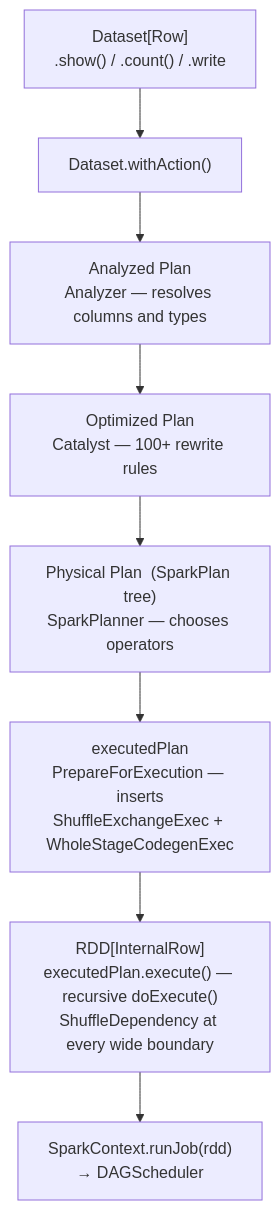
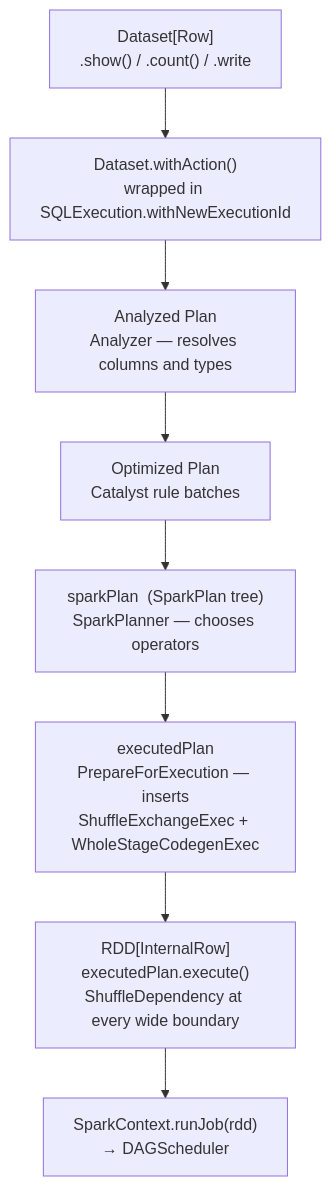
Before and after one commit to arindamchoudhury/spark-gyan: the sixth of 17 diagrams in docs/spark-book/ch02-spark-architecture.md, drawn with Mermaid. The commit also changed other lines of this file and 5 other files, not shown here.

First line of the commit message:
docs(ch02): rewrite against Spark 4.2.0, verified on the local stack

````diff
--- a/docs/spark-book/ch02-spark-architecture.md
+++ b/docs/spark-book/ch02-spark-architecture.md
@@ -540,13 +658,13 @@
 ```mermaid
 flowchart TD
     DS["Dataset[Row]\n.show() / .count() / .write"]
-    WA["Dataset.withAction()"]
+    WA["Dataset.withAction()\nwrapped in SQLExecution.withNewExecutionId"]
     AN["Analyzed Plan\nAnalyzer — resolves columns and types"]
-    OP["Optimized Plan\nCatalyst — 100+ rewrite rules"]
-    PP["Physical Plan  (SparkPlan tree)\nSparkPlanner — chooses operators"]
+    OP["Optimized Plan\nCatalyst rule batches"]
+    PP["sparkPlan  (SparkPlan tree)\nSparkPlanner — chooses operators"]
     EP["executedPlan\nPrepareForExecution — inserts\nShuffleExchangeExec + WholeStageCodegenExec"]
-    RDD["RDD[InternalRow]\nexecutedPlan.execute() — recursive doExecute()\nShuffleDependency at every wide boundary"]
+    RDD["RDD[InternalRow]\nexecutedPlan.execute()\nShuffleDependency at every wide boundary"]
     SC["SparkContext.runJob(rdd)\n→ DAGScheduler"]
 
     DS --> WA --> AN --> OP --> PP --> EP --> RDD --> SC
 ```
````
